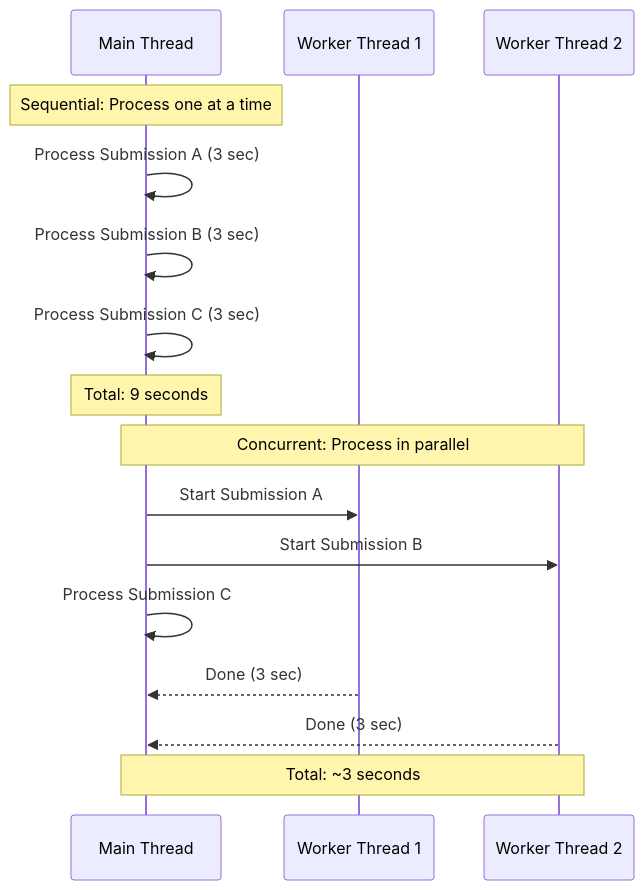
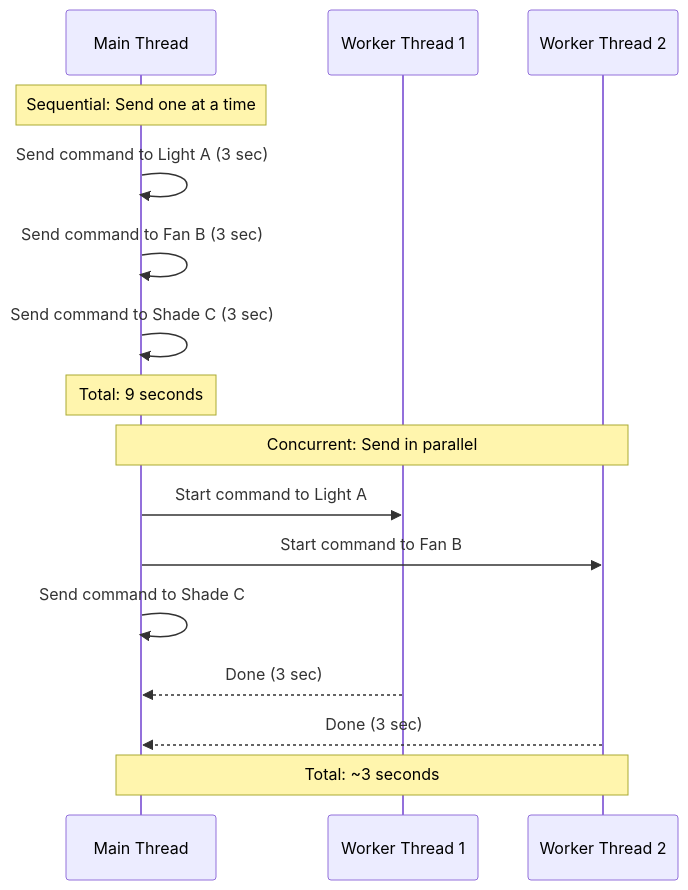
The first of 3 diagrams in lecture-notes/l31-concurrency1.md (TuringProblem/cs3100-public-resources), drawn with Mermaid before and after one commit. The commit also changed other lines of this file and 2 other files, not shown here.

````diff
--- a/lecture-notes/l31-concurrency1.md
+++ b/lecture-notes/l31-concurrency1.md
@@ -25,20 +23,20 @@
 ```mermaid
 sequenceDiagram
     participant Main as Main Thread
     participant T1 as Worker Thread 1
     participant T2 as Worker Thread 2
-    
-    Note over Main: Sequential: Process one at a time
-    Main->>Main: Process Submission A (3 sec)
-    Main->>Main: Process Submission B (3 sec)
-    Main->>Main: Process Submission C (3 sec)
+
+    Note over Main: Sequential: Send one at a time
+    Main->>Main: Send command to Light A (3 sec)
+    Main->>Main: Send command to Fan B (3 sec)
+    Main->>Main: Send command to Shade C (3 sec)
     Note over Main: Total: 9 seconds
-    
-    Note over Main,T2: Concurrent: Process in parallel
-    Main->>T1: Start Submission A
-    Main->>T2: Start Submission B
-    Main->>Main: Process Submission C
+
+    Note over Main,T2: Concurrent: Send in parallel
+    Main->>T1: Start command to Light A
+    Main->>T2: Start command to Fan B
+    Main->>Main: Send command to Shade C
     T1-->>Main: Done (3 sec)
     T2-->>Main: Done (3 sec)
     Note over Main,T2: Total: ~3 seconds
 ```
````
